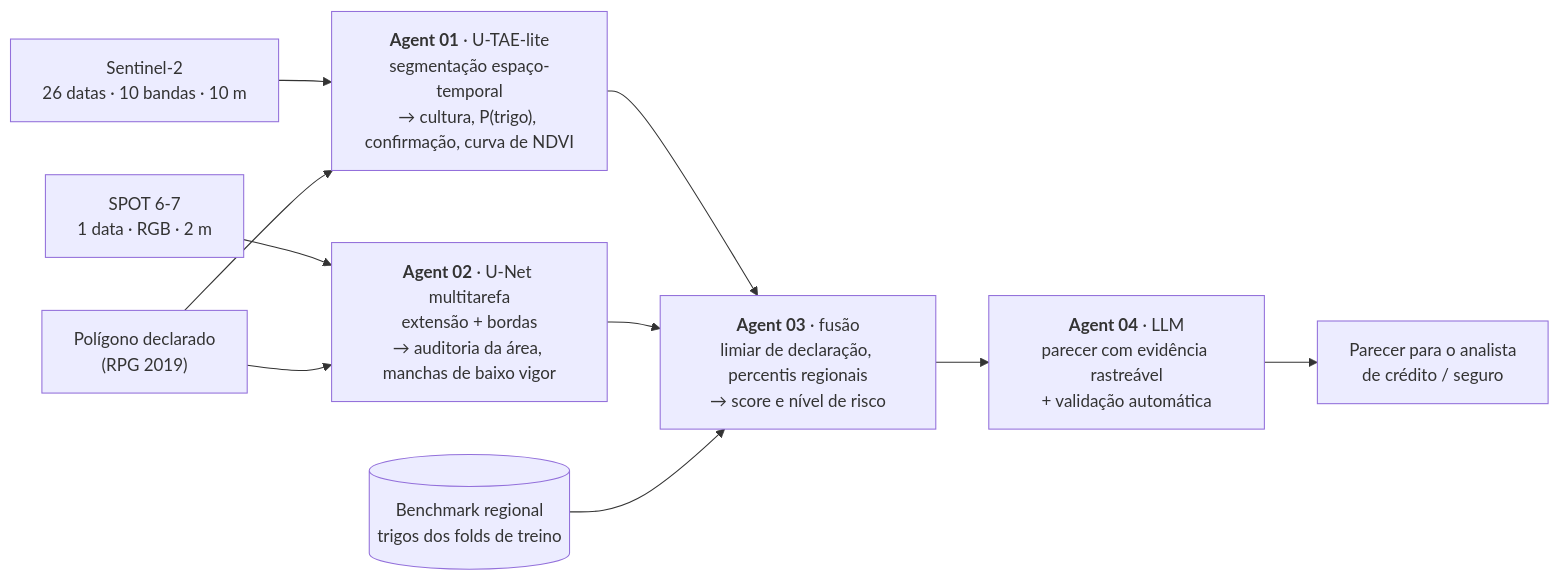
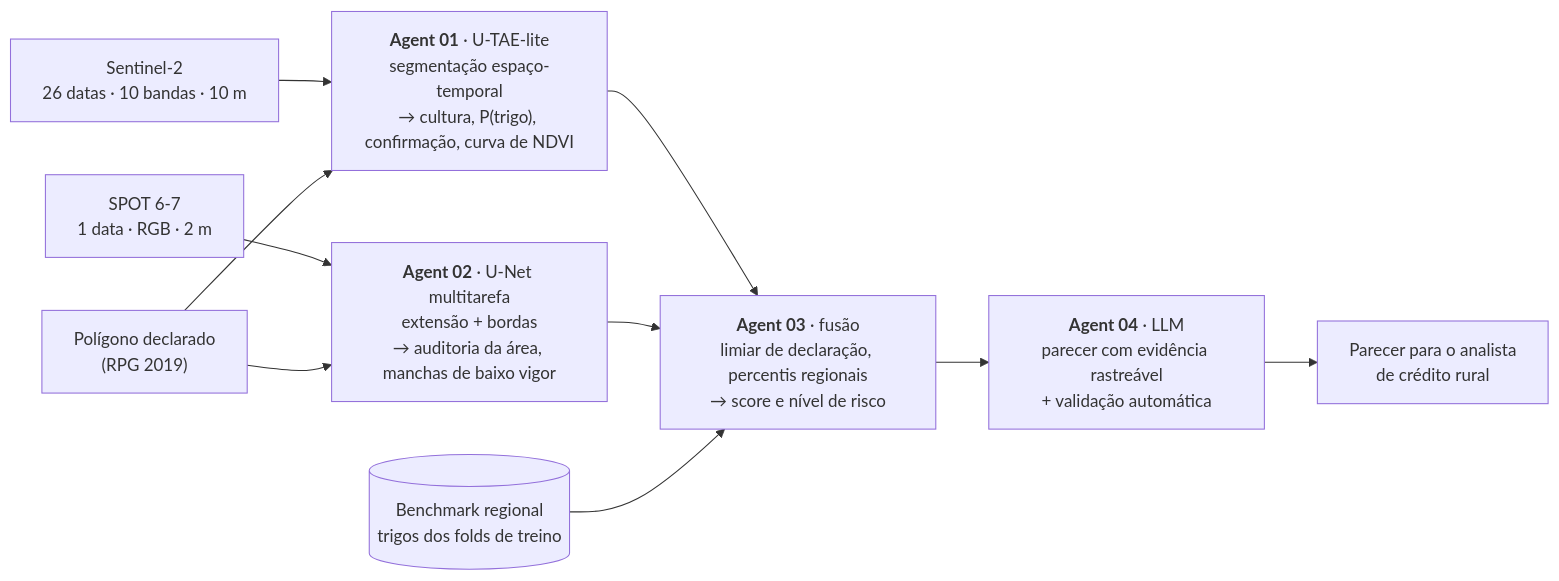
Before and after one commit to ana-delfino/vision_project_puc: the first of 7 diagrams in README.md, drawn with Mermaid. The commit also changed other lines of this file and 15 other files, not shown here.

````diff
--- a/README.md
+++ b/README.md
@@ -37,12 +37,12 @@
 ```mermaid
 flowchart LR
     S2["Sentinel-2<br/>26 datas · 10 bandas · 10 m"] --> A1
     SPOT["SPOT 6-7<br/>1 data · RGB · 2 m"] --> A2
     RPG["Polígono declarado<br/>(RPG 2019)"] --> A2
     RPG --> A1
     A1["<b>Agent 01</b> · U-TAE-lite<br/>segmentação espaço-temporal<br/>→ cultura, P(trigo), confirmação, curva de NDVI"] --> A3
     A2["<b>Agent 02</b> · U-Net multitarefa<br/>extensão + bordas<br/>→ auditoria da área, manchas de baixo vigor"] --> A3
     B[("Benchmark regional<br/>trigos dos folds de treino")] --> A3
     A3["<b>Agent 03</b> · fusão<br/>limiar de declaração, percentis regionais<br/>→ score e nível de risco"] --> A4
-    A4["<b>Agent 04</b> · LLM<br/>parecer com evidência rastreável<br/>+ validação automática"] --> OUT["Parecer para o analista<br/>de crédito / seguro"]
+    A4["<b>Agent 04</b> · LLM<br/>parecer com evidência rastreável<br/>+ validação automática"] --> OUT["Parecer para o analista<br/>de crédito rural"]
 ```
````
